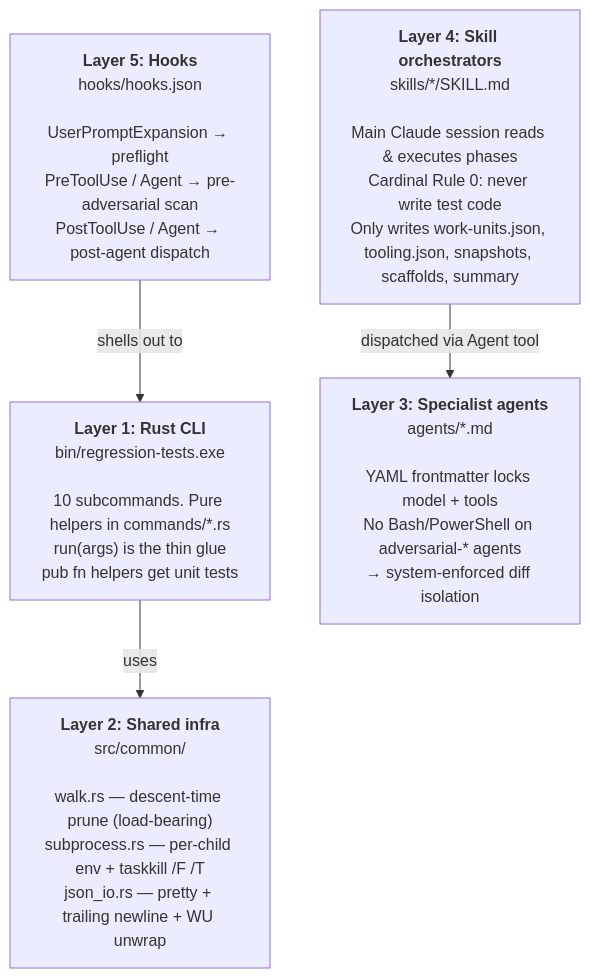
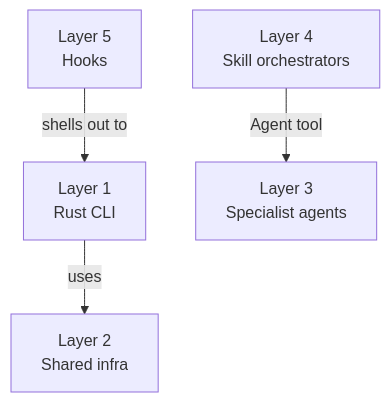
One commit to KemonoNeco/Straitjacket changed the first of 4 diagrams in docs/TECHNICAL.md. Above: the diagram before and after it, drawn with Mermaid. The commit also changed other lines of this file, not shown here.

First line of the commit message:
Shorten mermaid node labels so they stop clipping on the right

````diff
--- a/docs/TECHNICAL.md
+++ b/docs/TECHNICAL.md
@@ -60,12 +60,12 @@
 ```mermaid
 flowchart TB
-    L5["<b>Layer 5: Hooks</b><br/>hooks/hooks.json<br/><br/>UserPromptExpansion → preflight<br/>PreToolUse / Agent → pre-adversarial scan<br/>PostToolUse / Agent → post-agent dispatch"]
-    L1["<b>Layer 1: Rust CLI</b><br/>bin/regression-tests.exe<br/><br/>10 subcommands. Pure helpers in commands/*.rs<br/>run(args) is the thin glue<br/>pub fn helpers get unit tests"]
-    L2["<b>Layer 2: Shared infra</b><br/>src/common/<br/><br/>walk.rs — descent-time prune (load-bearing)<br/>subprocess.rs — per-child env + taskkill /F /T<br/>json_io.rs — pretty + trailing newline + WU unwrap"]
-    L4["<b>Layer 4: Skill orchestrators</b><br/>skills/*/SKILL.md<br/><br/>Main Claude session reads &amp; executes phases<br/>Cardinal Rule 0: never write test code<br/>Only writes work-units.json, tooling.json, snapshots, scaffolds, summary"]
-    L3["<b>Layer 3: Specialist agents</b><br/>agents/*.md<br/><br/>YAML frontmatter locks model + tools<br/>No Bash/PowerShell on adversarial-* agents<br/>→ system-enforced diff isolation"]
+    L5["Layer 5<br/>Hooks"]
+    L1["Layer 1<br/>Rust CLI"]
+    L2["Layer 2<br/>Shared infra"]
+    L4["Layer 4<br/>Skill orchestrators"]
+    L3["Layer 3<br/>Specialist agents"]
 
     L5 -->|shells out to| L1
     L1 -->|uses| L2
-    L4 -->|dispatched via Agent tool| L3
+    L4 -->|Agent tool| L3
 ```
````
